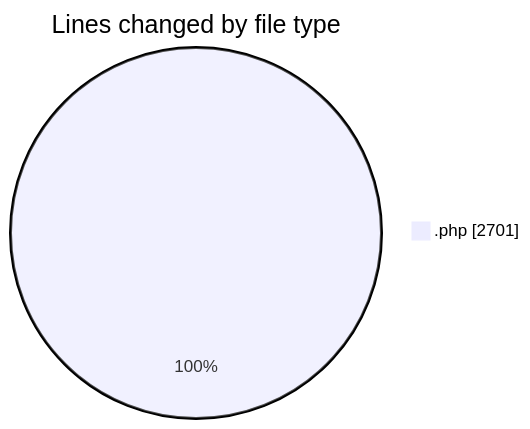
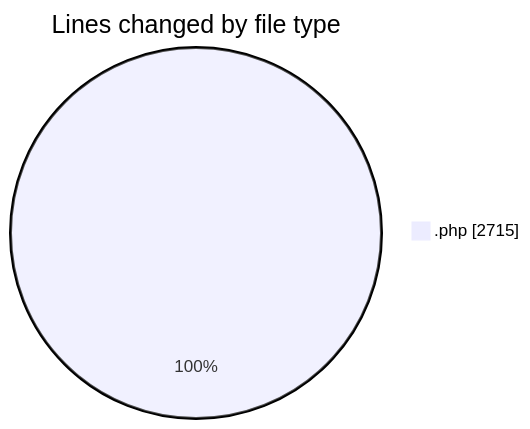
The first of 2 diagrams in 2026-07-21/wp-content/README.md (debugP/code-tracking), drawn with Mermaid before and after one commit. The commit also changed other lines of this file and 1 other file, not shown here.

````diff
--- a/2026-07-21/wp-content/README.md
+++ b/2026-07-21/wp-content/README.md
@@ -20,5 +20,5 @@
 ```mermaid
 pie showData
 title Lines changed by file type
-".php" : 2701
+".php" : 2715
 ```
````
